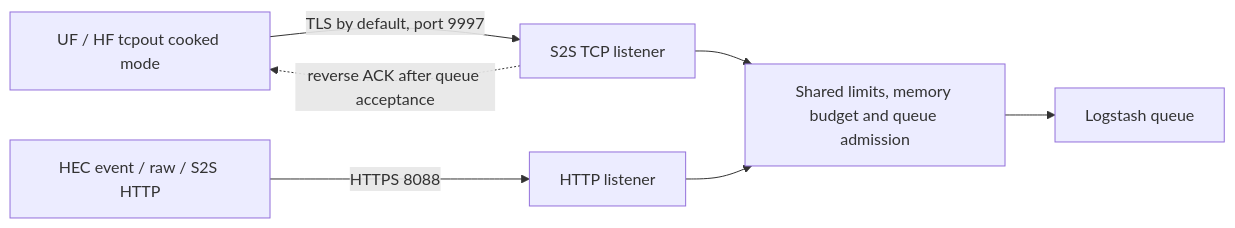
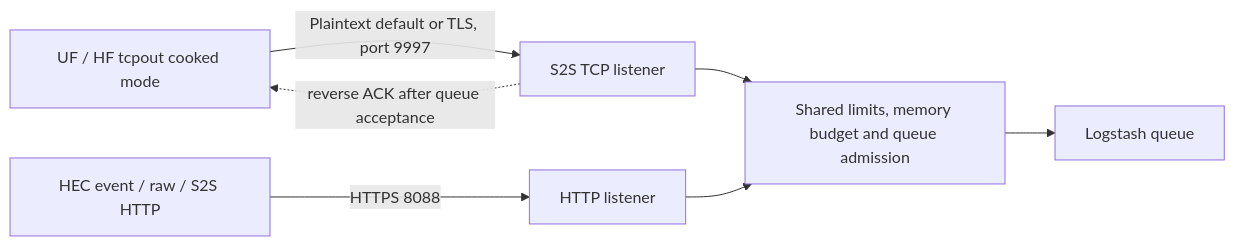
One commit to mingsorg/logstash-input-splunk_hec changed the diagram in docs/s2s-tcp.md. Above: the diagram before and after it, drawn with Mermaid. The commit also changed other lines of this file and 71 other files, not shown here.

````diff
--- a/docs/s2s-tcp.md
+++ b/docs/s2s-tcp.md
@@ -10,9 +10,9 @@
 ```mermaid
 flowchart LR
-    UF[UF / HF tcpout cooked mode] -->|TLS by default, port 9997| T[S2S TCP listener]
+    UF[UF / HF tcpout cooked mode] -->|Plaintext default or TLS, port 9997| T[S2S TCP listener]
     H[HEC event / raw / S2S HTTP] -->|HTTPS 8088| L[HTTP listener]
     T --> R[Shared limits, memory budget and queue admission]
     L --> R
     R --> Q[Logstash queue]
     T -. reverse ACK after queue acceptance .-> UF
 ```
````
